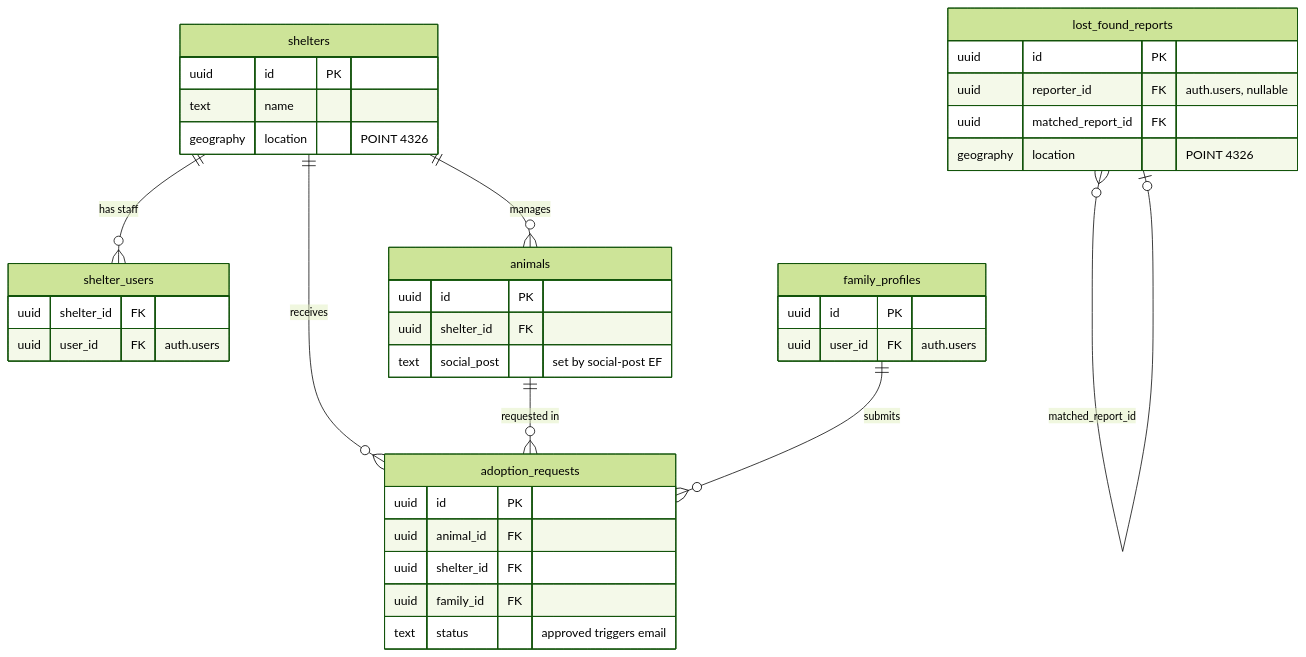
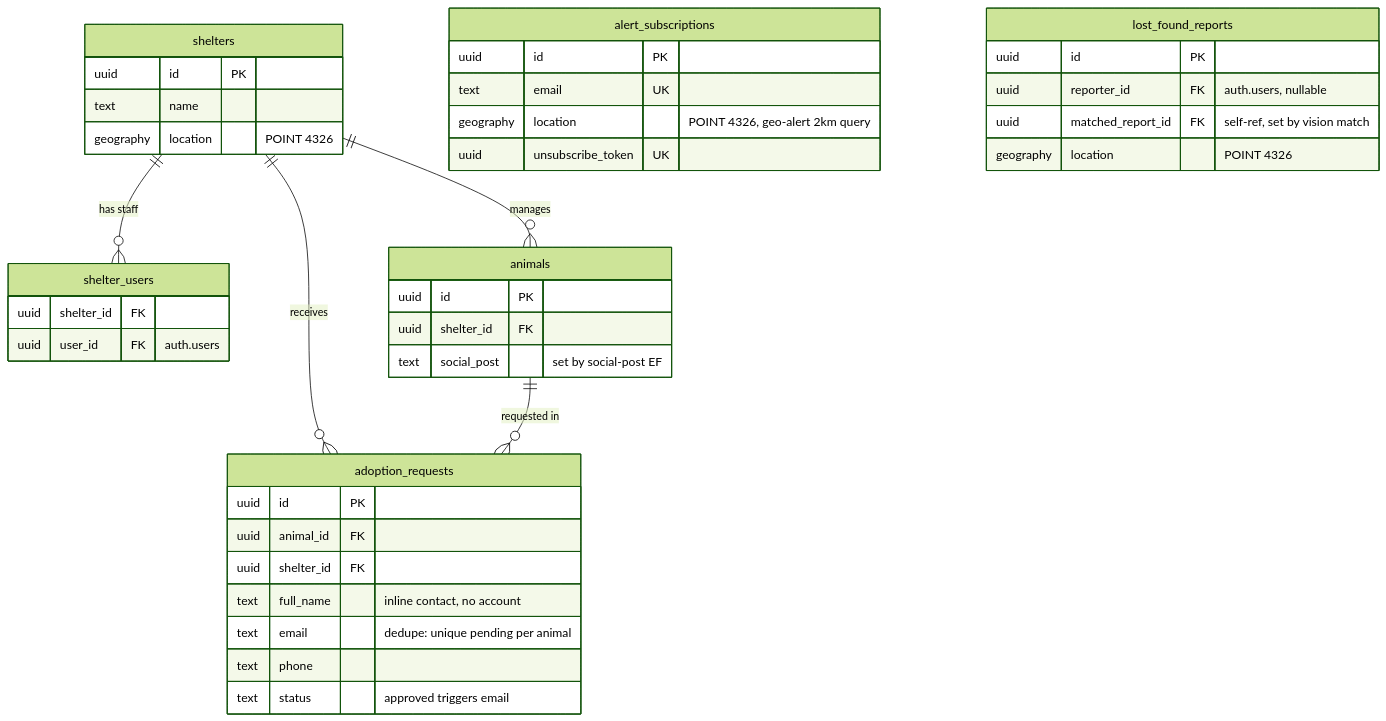
Before and after one commit to gamp92/pawlink: the fifth of 6 diagrams in docs/architecture.md, drawn with Mermaid (forest theme). The commit also changed other lines of this file, not shown here.

First line of the commit message:
Add feature → endpoint → table map; sync diagrams with no-account update

````diff
--- a/docs/architecture.md
+++ b/docs/architecture.md
@@ -85,41 +196,43 @@
 ```mermaid
 erDiagram
     shelters ||--o{ shelter_users : "has staff"
     shelters ||--o{ animals : "manages"
     shelters ||--o{ adoption_requests : "receives"
     animals ||--o{ adoption_requests : "requested in"
-    family_profiles ||--o{ adoption_requests : "submits"
-    lost_found_reports }o--o| lost_found_reports : "matched_report_id"
 
     shelters {
         uuid id PK
         text name
         geography location "POINT 4326"
     }
     shelter_users {
         uuid shelter_id FK
         uuid user_id FK "auth.users"
     }
     animals {
         uuid id PK
         uuid shelter_id FK
         text social_post "set by social-post EF"
     }
-    family_profiles {
-        uuid id PK
-        uuid user_id FK "auth.users"
-    }
     adoption_requests {
         uuid id PK
         uuid animal_id FK
         uuid shelter_id FK
-        uuid family_id FK
+        text full_name "inline contact, no account"
+        text email "dedupe: unique pending per animal"
+        text phone
         text status "approved triggers email"
+    }
+    alert_subscriptions {
+        uuid id PK
+        text email UK
+        geography location "POINT 4326, geo-alert 2km query"
+        uuid unsubscribe_token UK
     }
     lost_found_reports {
         uuid id PK
         uuid reporter_id FK "auth.users, nullable"
-        uuid matched_report_id FK
+        uuid matched_report_id FK "self-ref, set by vision match"
         geography location "POINT 4326"
     }
 ```
````
